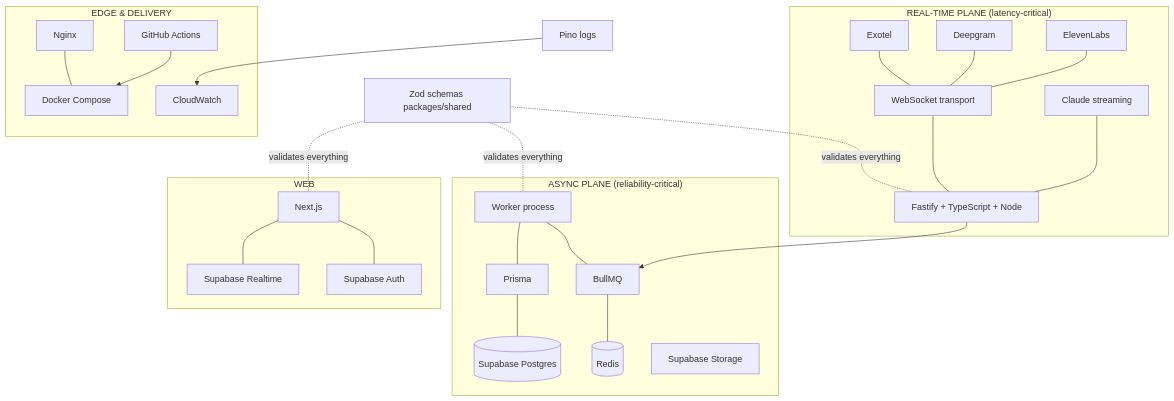
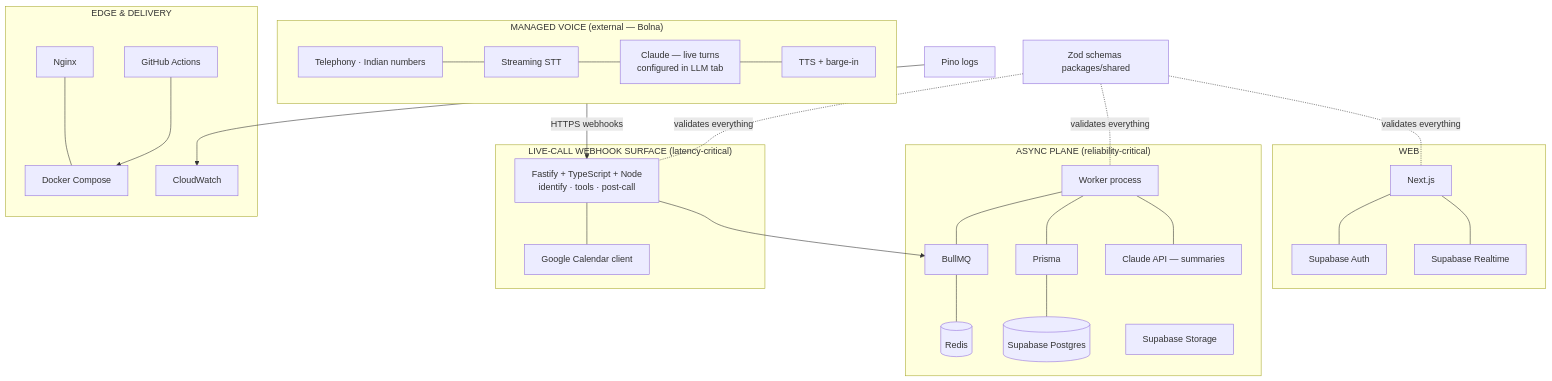
One commit to gandhi120/RecruitPilot_AI changed the diagram in docs/02_TECH_STACK.md. Above: the diagram before and after it, drawn with Mermaid. The commit also changed other lines of this file and 34 other files, not shown here.

First line of the commit message:
docs: pivot voice stack to Bolna; archive DIY vendor docs as phase-2 reference

````diff
--- a/docs/02_TECH_STACK.md
+++ b/docs/02_TECH_STACK.md
@@ -66,32 +68,37 @@
 ```mermaid
 flowchart TB
-    subgraph RT["REAL-TIME PLANE (latency-critical)"]
-        WSP[WebSocket transport]
-        EXO[Exotel] --- WSP
-        DG[Deepgram] --- WSP
-        EL[ElevenLabs] --- WSP
-        CLA[Claude streaming]
-        FAST[Fastify + TypeScript + Node]
-        WSP --- FAST
-        CLA --- FAST
+    subgraph EXT["MANAGED VOICE (external — Bolna)"]
+        BT[Telephony · Indian numbers]
+        BS[Streaming STT]
+        BL[Claude — live turns<br/>configured in LLM tab]
+        BV[TTS + barge-in]
+        BT --- BS --- BL --- BV
+    end
+    subgraph LIVE["LIVE-CALL WEBHOOK SURFACE (latency-critical)"]
+        FAST[Fastify + TypeScript + Node<br/>identify · tools · post-call]
+        GC[Google Calendar client]
+        FAST --- GC
     end
     subgraph ASYNC["ASYNC PLANE (reliability-critical)"]
         BULL[BullMQ] --- RED[(Redis)]
         WRK[Worker process] --- BULL
         PRIS[Prisma] --- PG[(Supabase Postgres)]
         WRK --- PRIS
+        CLA[Claude API — summaries]
+        WRK --- CLA
         STOR[Supabase Storage]
     end
     subgraph EDGE["EDGE & DELIVERY"]
         NX[Nginx] --- DOCK[Docker Compose]
         GHA[GitHub Actions] --> DOCK
         CW[CloudWatch]
     end
     subgraph WEBL["WEB"]
         NEXT[Next.js] --- SAUTH[Supabase Auth]
         NEXT --- SRT[Supabase Realtime]
     end
+    EXT -->|HTTPS webhooks| FAST
     FAST --> BULL
     PINO[Pino logs] --> CW
     ZOD[Zod schemas packages/shared] -.validates everything.- FAST & WRK & NEXT
 ```
````
